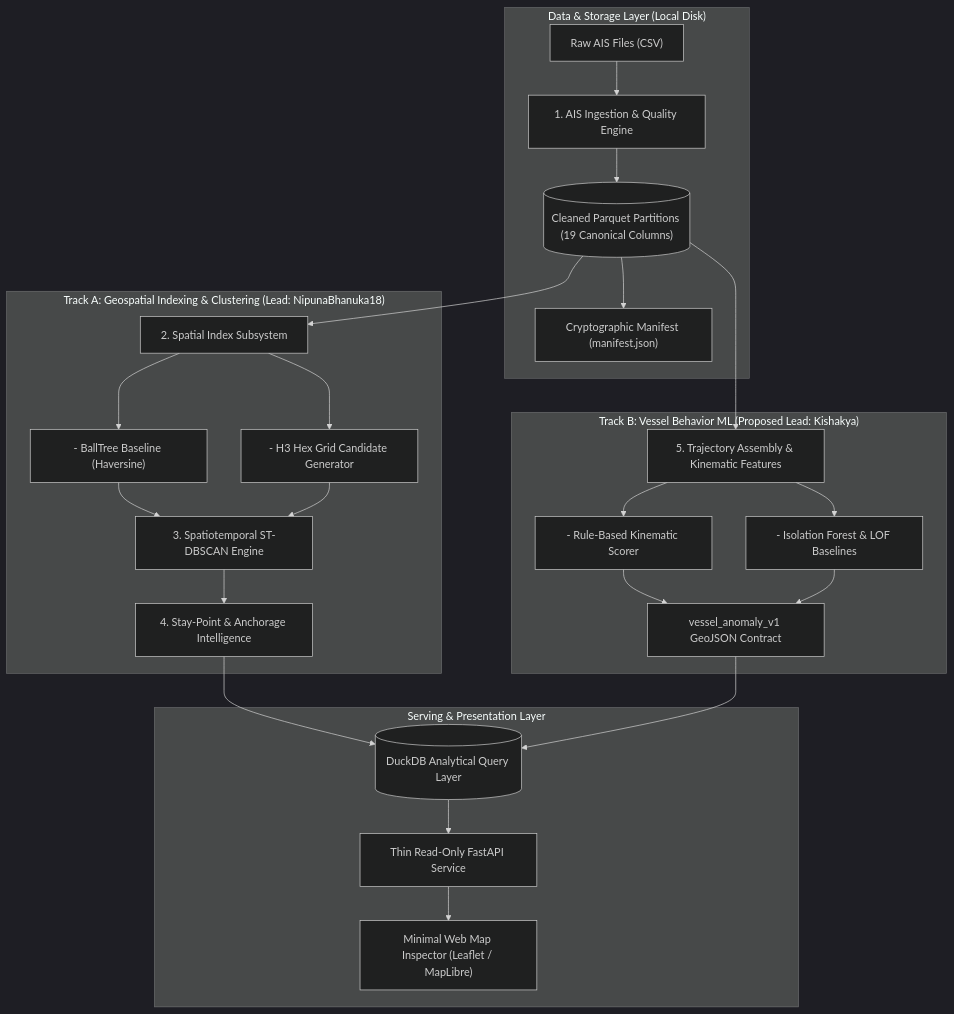
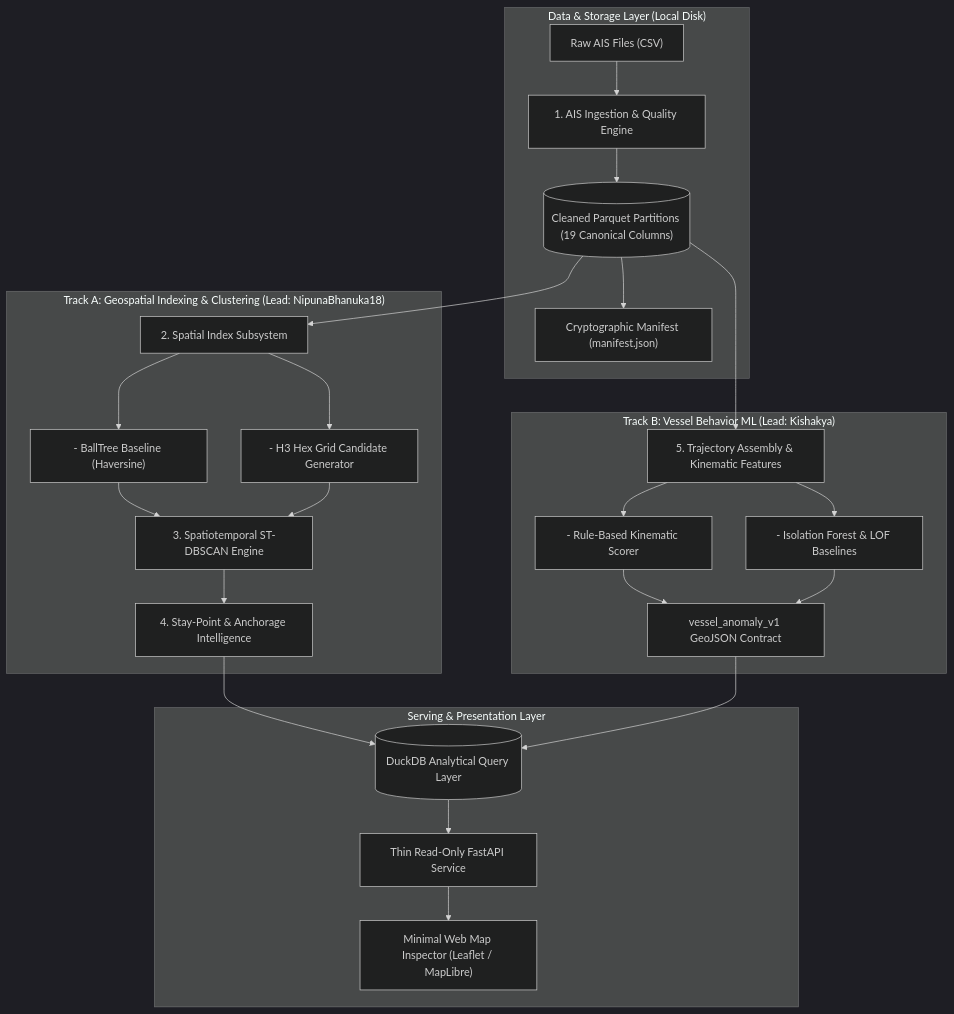
Before and after one commit to NipunaBhanuka18/Project-AegisMar: the diagram in docs/02-architecture/system-architecture.md, drawn with Mermaid (dark theme). The commit also changed other lines of this file and 17 other files, not shown here.

````diff
--- a/docs/02-architecture/system-architecture.md
+++ b/docs/02-architecture/system-architecture.md
@@ -33,32 +33,32 @@
 ```mermaid
 flowchart TD
     subgraph DataLayer ["Data & Storage Layer (Local Disk)"]
         RawFiles["Raw AIS Files (CSV)"] --> Ingest["1. AIS Ingestion & Quality Engine"]
         Ingest --> CleanParquet[("Cleaned Parquet Partitions (19 Canonical Columns)")]
         CleanParquet --> Manifest["Cryptographic Manifest (manifest.json)"]
     end
 
     subgraph TrackA ["Track A: Geospatial Indexing & Clustering (Lead: NipunaBhanuka18)"]
         CleanParquet --> SpatialIdx["2. Spatial Index Subsystem"]
         SpatialIdx --> BallTree["- BallTree Baseline (Haversine)"]
         SpatialIdx --> H3Engine["- H3 Hex Grid Candidate Generator"]
         BallTree --> Cluster["3. Spatiotemporal ST-DBSCAN Engine"]
         H3Engine --> Cluster
         Cluster --> StayPoint["4. Stay-Point & Anchorage Intelligence"]
     end
 
-    subgraph TrackB ["Track B: Vessel Behavior ML (Proposed Lead: Kishakya)"]
+    subgraph TrackB ["Track B: Vessel Behavior ML (Lead: Kishakya)"]
         CleanParquet --> TrajFeat["5. Trajectory Assembly & Kinematic Features"]
         TrajFeat --> RuleEngine["- Rule-Based Kinematic Scorer"]
         TrajFeat --> IsoForest["- Isolation Forest & LOF Baselines"]
         RuleEngine --> AnomalyContract["vessel_anomaly_v1 GeoJSON Contract"]
         IsoForest --> AnomalyContract
     end
 
     subgraph ServingLayer ["Serving & Presentation Layer"]
         StayPoint --> AnalyticalStore[("DuckDB Analytical Query Layer")]
         AnomalyContract --> AnalyticalStore
         AnalyticalStore --> FastAPISvc["Thin Read-Only FastAPI Service"]
         FastAPISvc --> WebMap["Minimal Web Map Inspector (Leaflet / MapLibre)"]
     end
 ```
````
